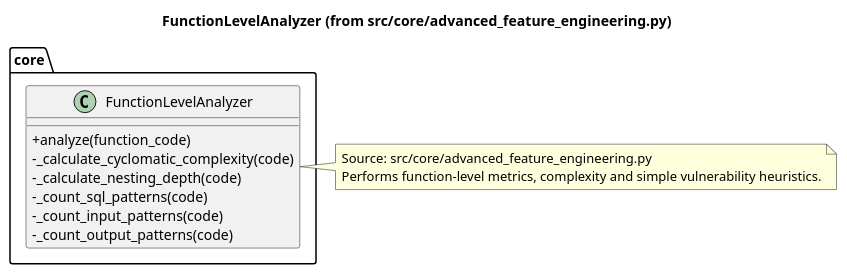
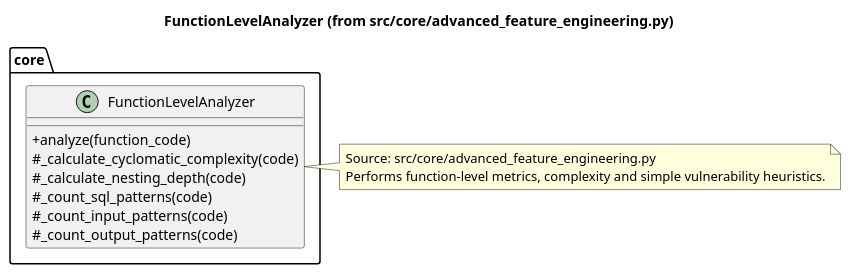
Before and after one commit to scweeks/bean_vulnerable: the diagram in docs/UML/Source/core/advanced_feature_engineering-FunctionLevelAnalyzer.puml, drawn with PlantUML. The commit also changed 5 other files, not shown here.

```diff
--- a/docs/UML/Source/core/advanced_feature_engineering-FunctionLevelAnalyzer.puml
+++ b/docs/UML/Source/core/advanced_feature_engineering-FunctionLevelAnalyzer.puml
@@ -1,18 +1,18 @@
 @startuml FunctionLevelAnalyzer
 title FunctionLevelAnalyzer (from src/core/advanced_feature_engineering.py)
 skinparam classAttributeIconSize 0
 package core {
   class FunctionLevelAnalyzer {
     + analyze(function_code)
-    - _calculate_cyclomatic_complexity(code)
-    - _calculate_nesting_depth(code)
-    - _count_sql_patterns(code)
-    - _count_input_patterns(code)
-    - _count_output_patterns(code)
+    # _calculate_cyclomatic_complexity(code)
+    # _calculate_nesting_depth(code)
+    # _count_sql_patterns(code)
+    # _count_input_patterns(code)
+    # _count_output_patterns(code)
   }
 }
 note right of FunctionLevelAnalyzer
 Source: src/core/advanced_feature_engineering.py
 Performs function-level metrics, complexity and simple vulnerability heuristics.
 end note
 @enduml
```
